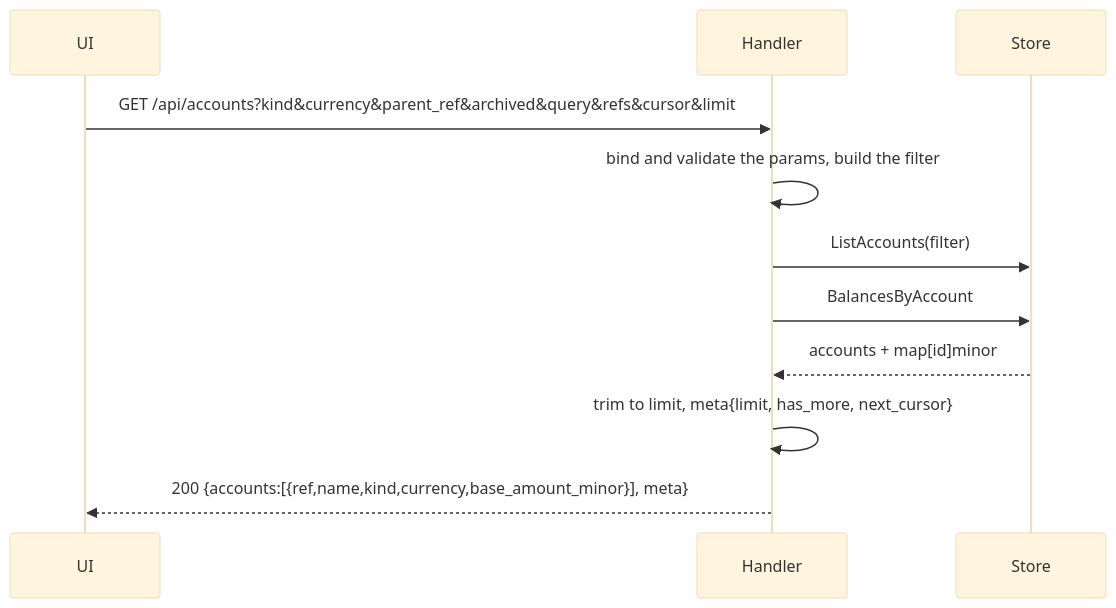
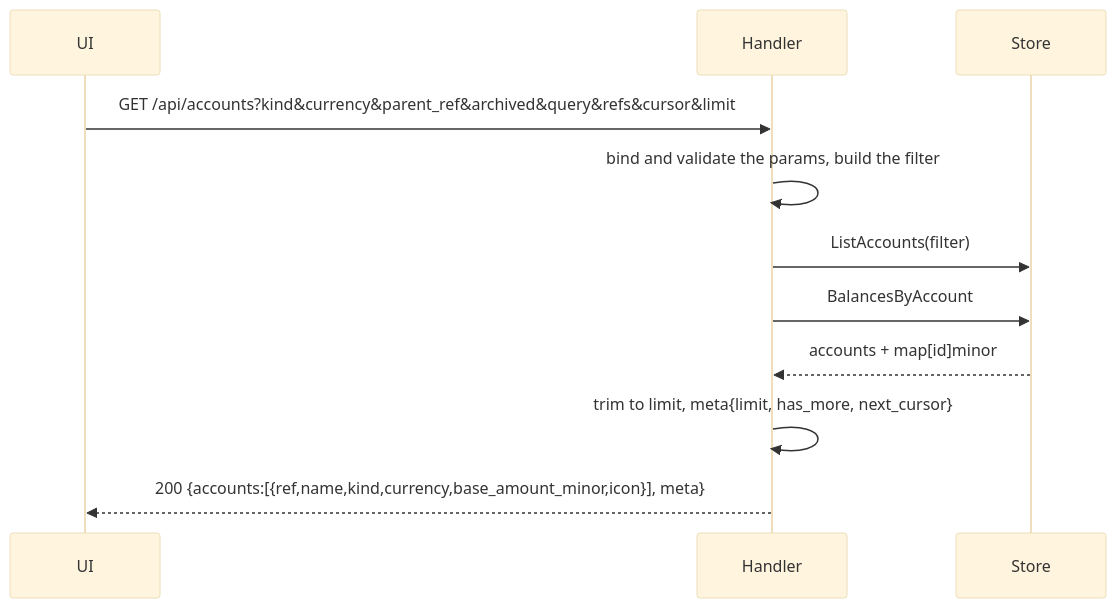
The diagram in docs/endpoints/GET_api_accounts.md (dimasbaguspm/spenicle), drawn with Mermaid (base theme) before and after one commit. The commit also changed other lines of this file and 53 other files, not shown here.

````diff
--- a/docs/endpoints/GET_api_accounts.md
+++ b/docs/endpoints/GET_api_accounts.md
@@ -50,13 +50,13 @@
 ```mermaid
 sequenceDiagram
   participant UI
   participant Handler
   participant Store
   UI->>Handler: GET /api/accounts?kind&currency&parent_ref&archived&query&refs&cursor&limit
   Handler->>Handler: bind and validate the params, build the filter
   Handler->>Store: ListAccounts(filter)
   Handler->>Store: BalancesByAccount
   Store-->>Handler: accounts + map[id]minor
   Handler->>Handler: trim to limit, meta{limit, has_more, next_cursor}
-  Handler-->>UI: 200 {accounts:[{ref,name,kind,currency,base_amount_minor}], meta}
+  Handler-->>UI: 200 {accounts:[{ref,name,kind,currency,base_amount_minor,icon}], meta}
 ```
````
